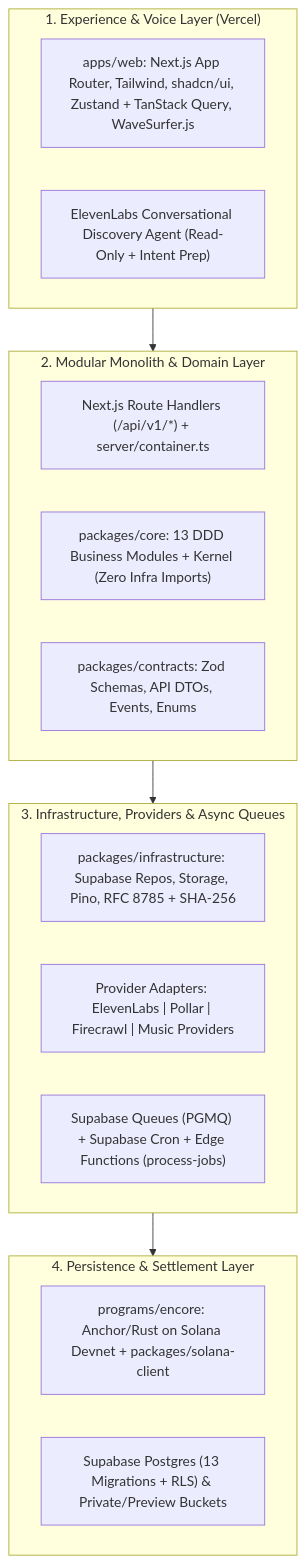
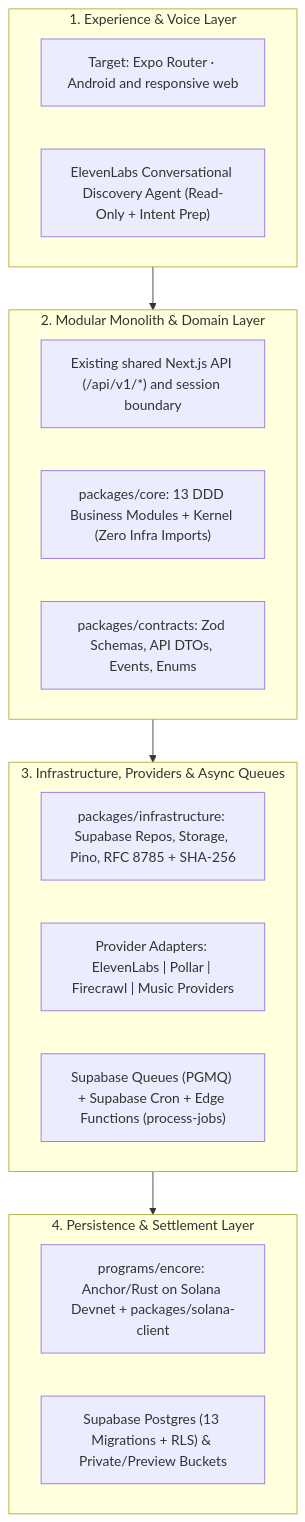
Before and after one commit to Soujanya-Mctrl/Encore: the diagram in README.md, drawn with Mermaid. The commit also changed other lines of this file and 11 other files, not shown here.

Commit message:
feat: integrate onboarding and architecture (1/14)

````diff
--- a/README.md
+++ b/README.md
@@ -53,23 +53,23 @@
 ```mermaid
 flowchart TD
-    subgraph L1["1. Experience & Voice Layer (Vercel)"]
-        UI["apps/web: Next.js App Router, Tailwind, shadcn/ui, Zustand + TanStack Query, WaveSurfer.js"]
+    subgraph L1["1. Experience & Voice Layer"]
+        UI["Target: Expo Router · Android and responsive web"]
         Voice["ElevenLabs Conversational Discovery Agent (Read-Only + Intent Prep)"]
     end
     subgraph L2["2. Modular Monolith & Domain Layer"]
-        API["Next.js Route Handlers (/api/v1/*) + server/container.ts"]
+        API["Existing shared Next.js API (/api/v1/*) and session boundary"]
         Core["packages/core: 13 DDD Business Modules + Kernel (Zero Infra Imports)"]
         Contracts["packages/contracts: Zod Schemas, API DTOs, Events, Enums"]
     end
     subgraph L3["3. Infrastructure, Providers & Async Queues"]
         Infra["packages/infrastructure: Supabase Repos, Storage, Pino, RFC 8785 + SHA-256"]
         Adapters["Provider Adapters: ElevenLabs | Pollar | Firecrawl | Music Providers"]
         Jobs["Supabase Queues (PGMQ) + Supabase Cron + Edge Functions (process-jobs)"]
     end
     subgraph L4["4. Persistence & Settlement Layer"]
         Solana["programs/encore: Anchor/Rust on Solana Devnet + packages/solana-client"]
         Storage["Supabase Postgres (13 Migrations + RLS) & Private/Preview Buckets"]
     end
 
     L1 --> L2 --> L3 --> L4
 ```
````
